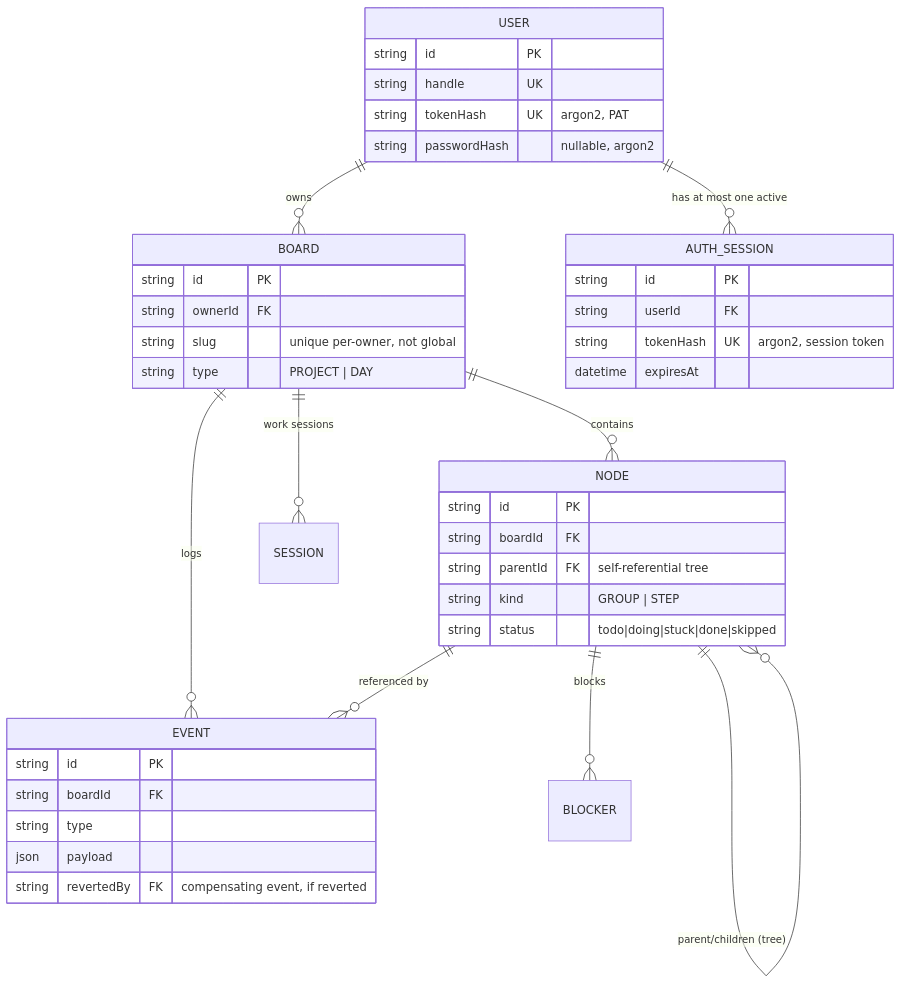
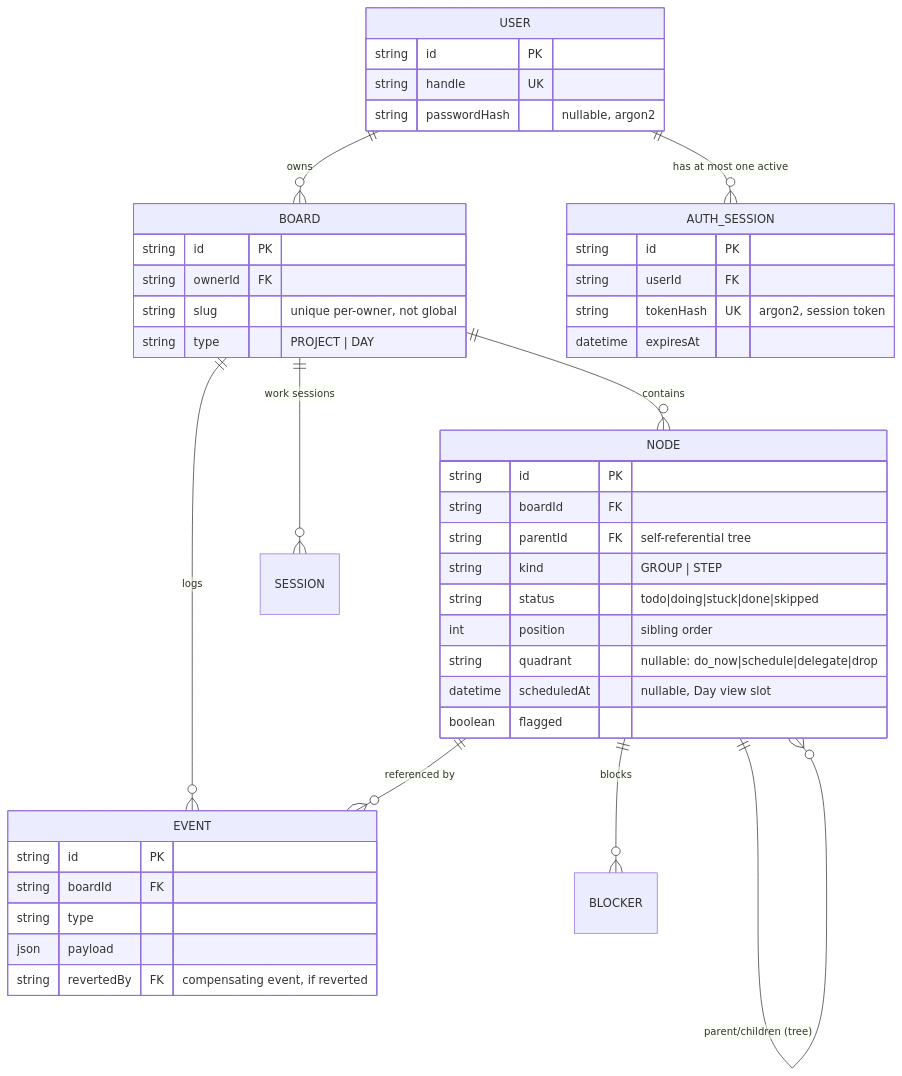
The third of 8 diagrams in architecture.md (JaxzTan/todo_list), drawn with Mermaid before and after one commit. The commit also changed other lines of this file and 27 other files, not shown here.

````diff
--- a/architecture.md
+++ b/architecture.md
@@ -281,44 +284,47 @@
 ```mermaid
 erDiagram
     USER ||--o{ BOARD : owns
     USER ||--o{ AUTH_SESSION : "has at most one active"
     BOARD ||--o{ NODE : contains
     BOARD ||--o{ EVENT : logs
     BOARD ||--o{ SESSION : "work sessions"
     NODE ||--o{ NODE : "parent/children (tree)"
     NODE ||--o{ BLOCKER : blocks
     NODE ||--o{ EVENT : "referenced by"
 
     USER {
         string id PK
         string handle UK
-        string tokenHash UK "argon2, PAT"
         string passwordHash "nullable, argon2"
     }
     AUTH_SESSION {
         string id PK
         string userId FK
         string tokenHash UK "argon2, session token"
         datetime expiresAt
     }
     BOARD {
         string id PK
         string ownerId FK
         string slug "unique per-owner, not global"
         string type "PROJECT | DAY"
     }
     NODE {
         string id PK
         string boardId FK
         string parentId FK "self-referential tree"
         string kind "GROUP | STEP"
         string status "todo|doing|stuck|done|skipped"
+        int position "sibling order"
+        string quadrant "nullable: do_now|schedule|delegate|drop"
+        datetime scheduledAt "nullable, Day view slot"
+        boolean flagged
     }
     EVENT {
         string id PK
         string boardId FK
         string type
         json payload
         string revertedBy FK "compensating event, if reverted"
     }
 ```
````
